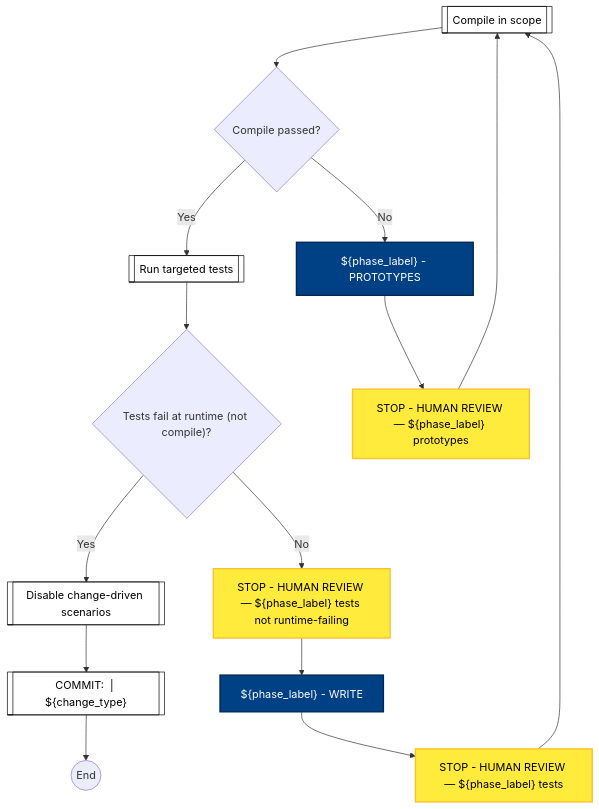
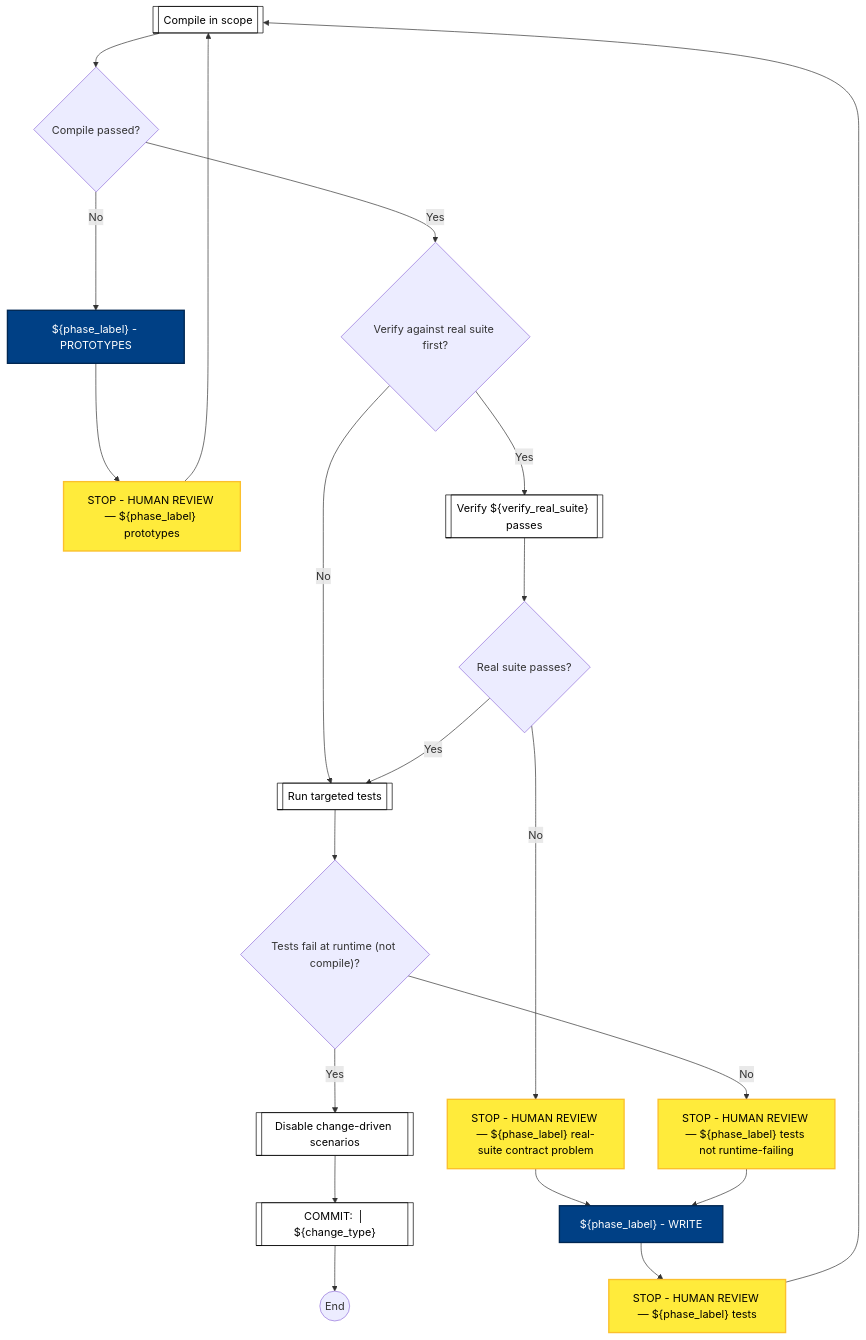
Before and after one commit to optivem/gh-optivem: diagram 12 of 13 in docs/process-diagram.md, drawn with Mermaid. The commit also changed other lines of this file and 2 other files, not shown here.

Commit message:
atdd: regenerate process-flow diagram

````diff
--- a/docs/process-diagram.md
+++ b/docs/process-diagram.md
@@ -311,38 +311,48 @@
 ```mermaid
 flowchart TD
     COMMIT[["COMMIT: <Ticket> | ${change_type}"]]
     COMPILE[[Compile in scope]]
     DISABLE[[Disable change-driven scenarios]]
     GATE_COMPILE_OK{Compile passed?}
     GATE_RUN_FAILED_RUNTIME{"Tests fail at runtime (not compile)?"}
+    GATE_VERIFY_REAL_PASS{Real suite passes?}
+    GATE_VERIFY_REAL_REQUIRED{Verify against real suite first?}
     RED_END((End))
     RUN[[Run targeted tests]]
     STOP_PROTOTYPE_REVIEW["STOP - HUMAN REVIEW — ${phase_label} prototypes"]
     STOP_RED_NOT_RUNTIME_FAIL["STOP - HUMAN REVIEW — ${phase_label} tests not runtime-failing"]
     STOP_RED_REVIEW["STOP - HUMAN REVIEW — ${phase_label} tests"]
+    STOP_VERIFY_REAL_FAIL["STOP - HUMAN REVIEW — ${phase_label} real-suite contract problem"]
+    VERIFY_REAL[["Verify ${verify_real_suite} passes"]]
     WRITE["${phase_label} - WRITE"]
     WRITE_PROTOTYPES["${phase_label} - PROTOTYPES"]
 
     WRITE --> STOP_RED_REVIEW
     STOP_RED_REVIEW --> COMPILE
     COMPILE --> GATE_COMPILE_OK
     GATE_COMPILE_OK -- No --> WRITE_PROTOTYPES
-    GATE_COMPILE_OK -- Yes --> RUN
+    GATE_COMPILE_OK -- Yes --> GATE_VERIFY_REAL_REQUIRED
     WRITE_PROTOTYPES --> STOP_PROTOTYPE_REVIEW
     STOP_PROTOTYPE_REVIEW --> COMPILE
+    GATE_VERIFY_REAL_REQUIRED -- Yes --> VERIFY_REAL
+    GATE_VERIFY_REAL_REQUIRED -- No --> RUN
+    VERIFY_REAL --> GATE_VERIFY_REAL_PASS
+    GATE_VERIFY_REAL_PASS -- Yes --> RUN
+    GATE_VERIFY_REAL_PASS -- No --> STOP_VERIFY_REAL_FAIL
+    STOP_VERIFY_REAL_FAIL --> WRITE
     RUN --> GATE_RUN_FAILED_RUNTIME
     GATE_RUN_FAILED_RUNTIME -- Yes --> DISABLE
     GATE_RUN_FAILED_RUNTIME -- No --> STOP_RED_NOT_RUNTIME_FAIL
     STOP_RED_NOT_RUNTIME_FAIL --> WRITE
     DISABLE --> COMMIT
     COMMIT --> RED_END
 
     classDef serviceNode fill:#ffffff,stroke:#000000,stroke-width:1px,color:#000000
-    class COMMIT,COMPILE,DISABLE,RUN serviceNode
+    class COMMIT,COMPILE,DISABLE,RUN,VERIFY_REAL serviceNode
 
     classDef agentNode fill:#004085,stroke:#002752,stroke-width:2px,color:#ffffff
     class WRITE,WRITE_PROTOTYPES agentNode
 
     classDef humanNode fill:#ffeb3b,stroke:#fbc02d,stroke-width:2px,color:#000000
-    class STOP_PROTOTYPE_REVIEW,STOP_RED_NOT_RUNTIME_FAIL,STOP_RED_REVIEW humanNode
+    class STOP_PROTOTYPE_REVIEW,STOP_RED_NOT_RUNTIME_FAIL,STOP_RED_REVIEW,STOP_VERIFY_REAL_FAIL humanNode
 ```
````
